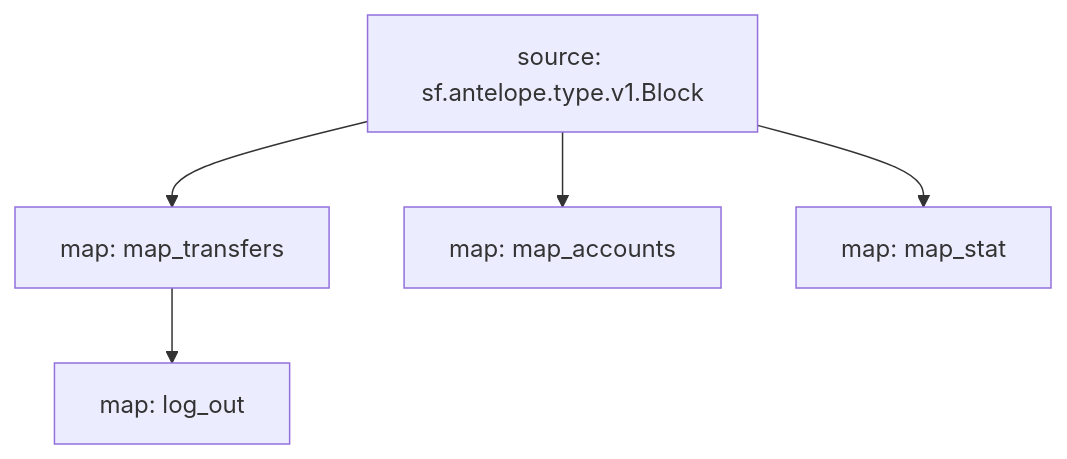
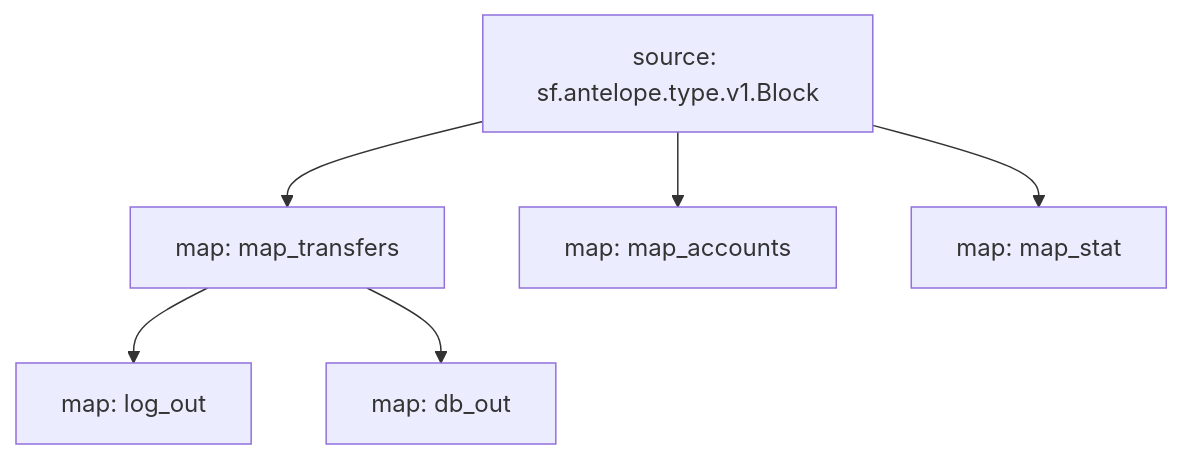
One commit to pinax-network/substreams changed the diagram in eosio.token/README.md. Above: the diagram before and after it, drawn with Mermaid. The commit also changed other lines of this file and 4 other files, not shown here.

````diff
--- a/eosio.token/README.md
+++ b/eosio.token/README.md
@@ -16,11 +16,13 @@
 ```mermaid
 graph TD;
   map_transfers[map: map_transfers]
   sf.antelope.type.v1.Block[source: sf.antelope.type.v1.Block] --> map_transfers
   map_accounts[map: map_accounts]
   sf.antelope.type.v1.Block[source: sf.antelope.type.v1.Block] --> map_accounts
   map_stat[map: map_stat]
   sf.antelope.type.v1.Block[source: sf.antelope.type.v1.Block] --> map_stat
   log_out[map: log_out]
   map_transfers --> log_out
+  db_out[map: db_out]
+  map_transfers --> db_out
 ```
````
